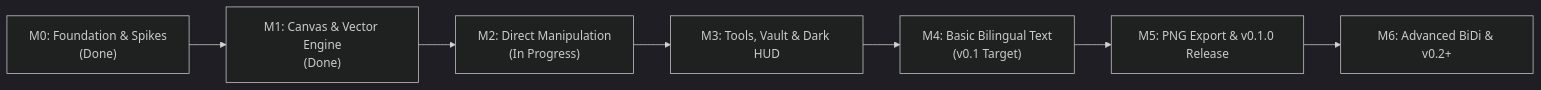
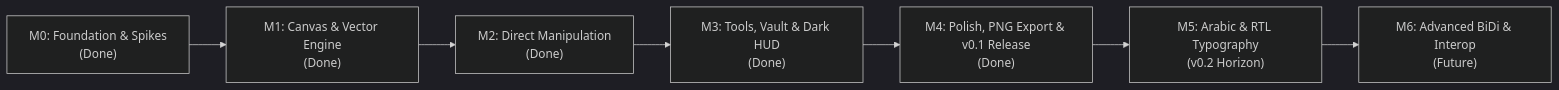
Before and after one commit to abdulrahmanhossam/ruqa: the diagram in docs/roadmap.md, drawn with Mermaid (dark theme). The commit also changed other lines of this file and 4 other files, not shown here.

````diff
--- a/docs/roadmap.md
+++ b/docs/roadmap.md
@@ -7,9 +7,9 @@
 ```mermaid
 flowchart LR
     M0["M0: Foundation & Spikes<br/>(Done)"] --> M1["M1: Canvas & Vector Engine<br/>(Done)"]
-    M1 --> M2["M2: Direct Manipulation<br/>(In Progress)"]
-    M2 --> M3["M3: Tools, Vault & Dark HUD"]
-    M3 --> M4["M4: Basic Bilingual Text<br/>(v0.1 Target)"]
-    M4 --> M5["M5: PNG Export & v0.1.0 Release"]
-    M5 --> M6["M6: Advanced BiDi & v0.2+"]
+    M1 --> M2["M2: Direct Manipulation<br/>(Done)"]
+    M2 --> M3["M3: Tools, Vault & Dark HUD<br/>(Done)"]
+    M3 --> M4["M4: Polish, PNG Export & v0.1 Release<br/>(Done)"]
+    M4 --> M5["M5: Arabic & RTL Typography<br/>(v0.2 Horizon)"]
+    M5 --> M6["M6: Advanced BiDi & Interop<br/>(Future)"]
 ```
````
